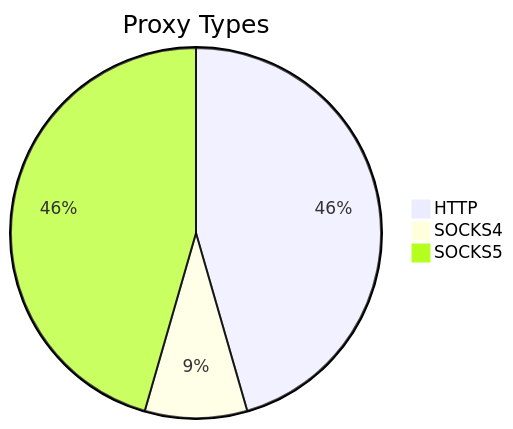
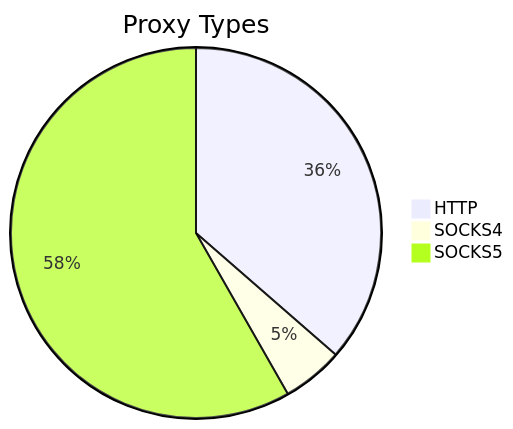
Before and after one commit to stormsia/proxy-list: the first of 2 diagrams in README.md, drawn with Mermaid. The commit also changed other lines of this file, not shown here.

````diff
--- a/README.md
+++ b/README.md
@@ -21,6 +21,6 @@
 ```mermaid
 pie title Proxy Types
-    "HTTP" : 51
-    "SOCKS4" : 10
-    "SOCKS5" : 51
+    "HTTP" : 75
+    "SOCKS4" : 11
+    "SOCKS5" : 120
 ```
````
